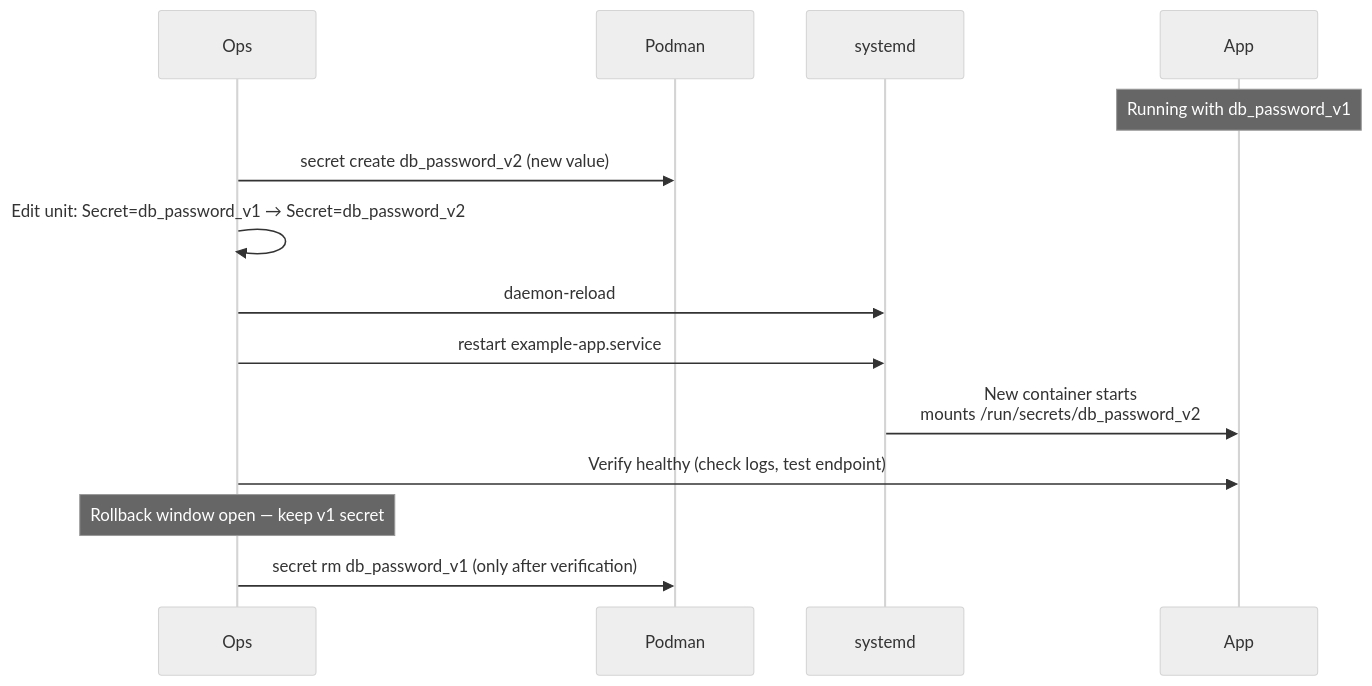
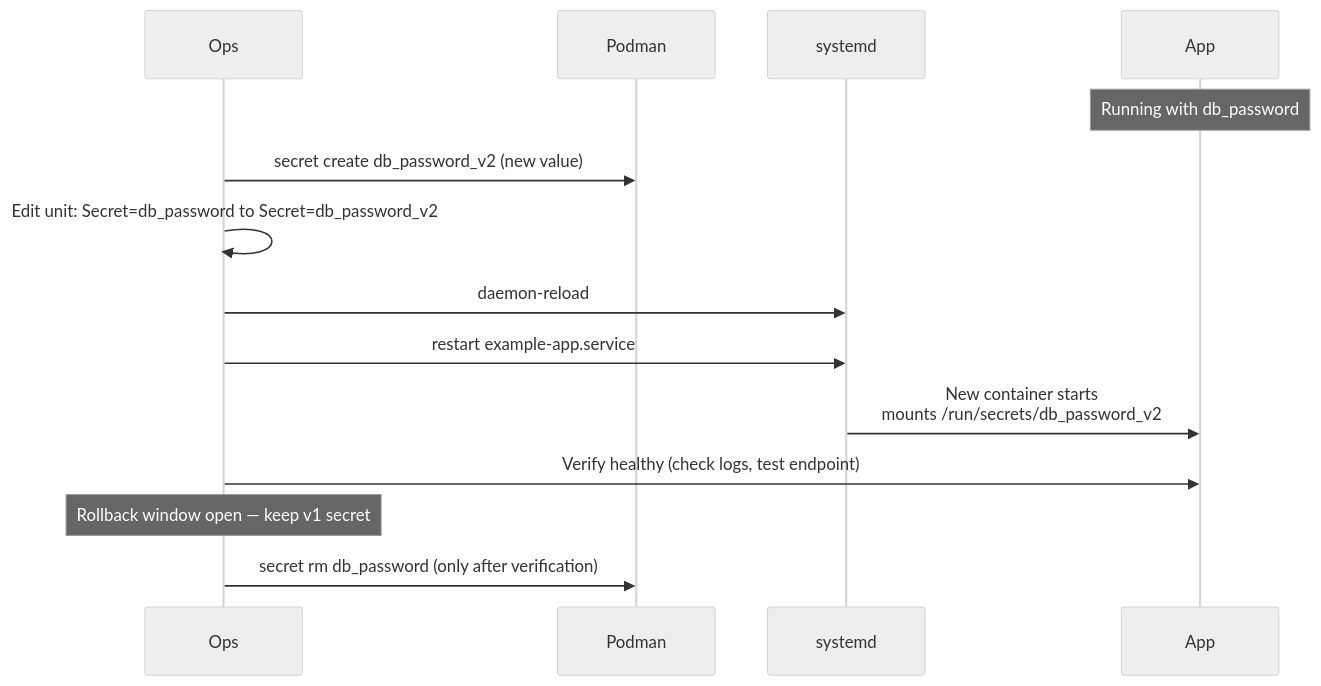
One commit to UncleJS/course_podman changed the second of 2 diagrams in modules/11a-quadlet-secrets.md. Above: the diagram before and after it, drawn with Mermaid (neutral theme). The commit also changed other lines of this file and 37 other files, not shown here.

````diff
--- a/modules/11a-quadlet-secrets.md
+++ b/modules/11a-quadlet-secrets.md
@@ -273,17 +273,17 @@
 ```mermaid
 sequenceDiagram
     participant Ops
     participant Podman
     participant systemd
     participant App
 
-    Note over App: Running with db_password_v1
+    Note over App: Running with db_password
     Ops->>Podman: secret create db_password_v2 (new value)
-    Ops->>Ops: Edit unit: Secret=db_password_v1 → Secret=db_password_v2
+    Ops->>Ops: Edit unit: Secret=db_password to Secret=db_password_v2
     Ops->>systemd: daemon-reload
     Ops->>systemd: restart example-app.service
     systemd->>App: New container starts<br/>mounts /run/secrets/db_password_v2
     Ops->>App: Verify healthy (check logs, test endpoint)
     Note over Ops: Rollback window open — keep v1 secret
-    Ops->>Podman: secret rm db_password_v1 (only after verification)
+    Ops->>Podman: secret rm db_password (only after verification)
 ```
````
